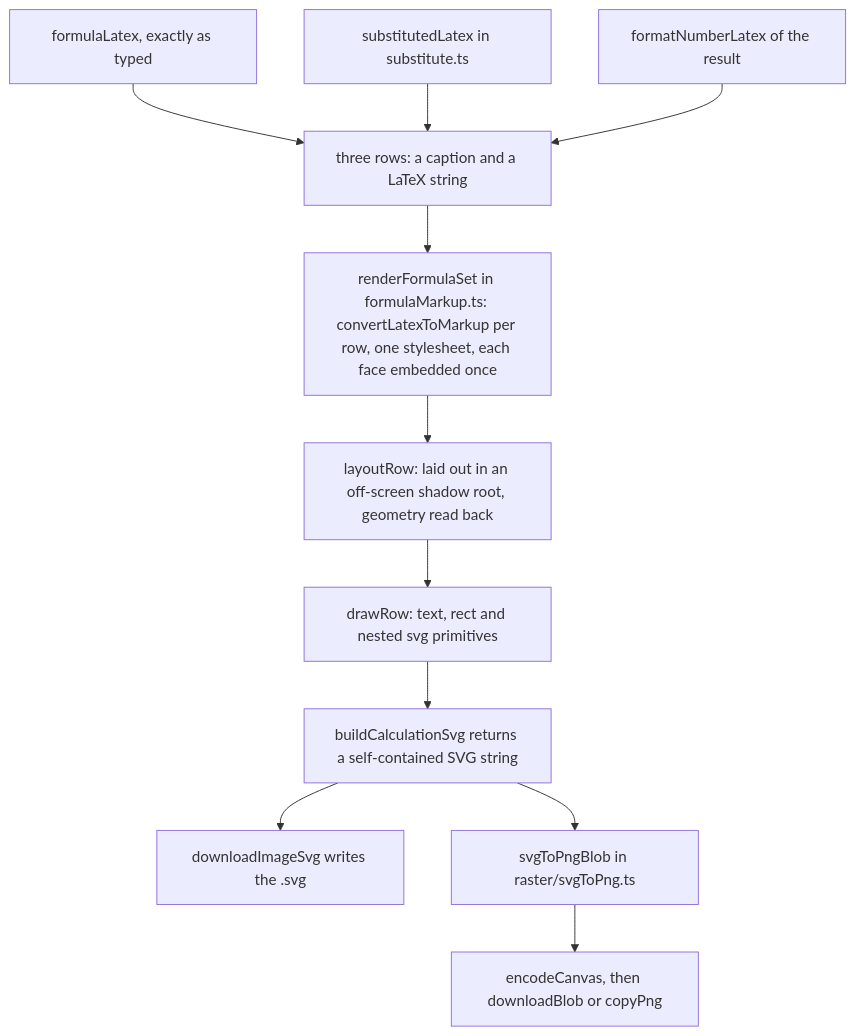
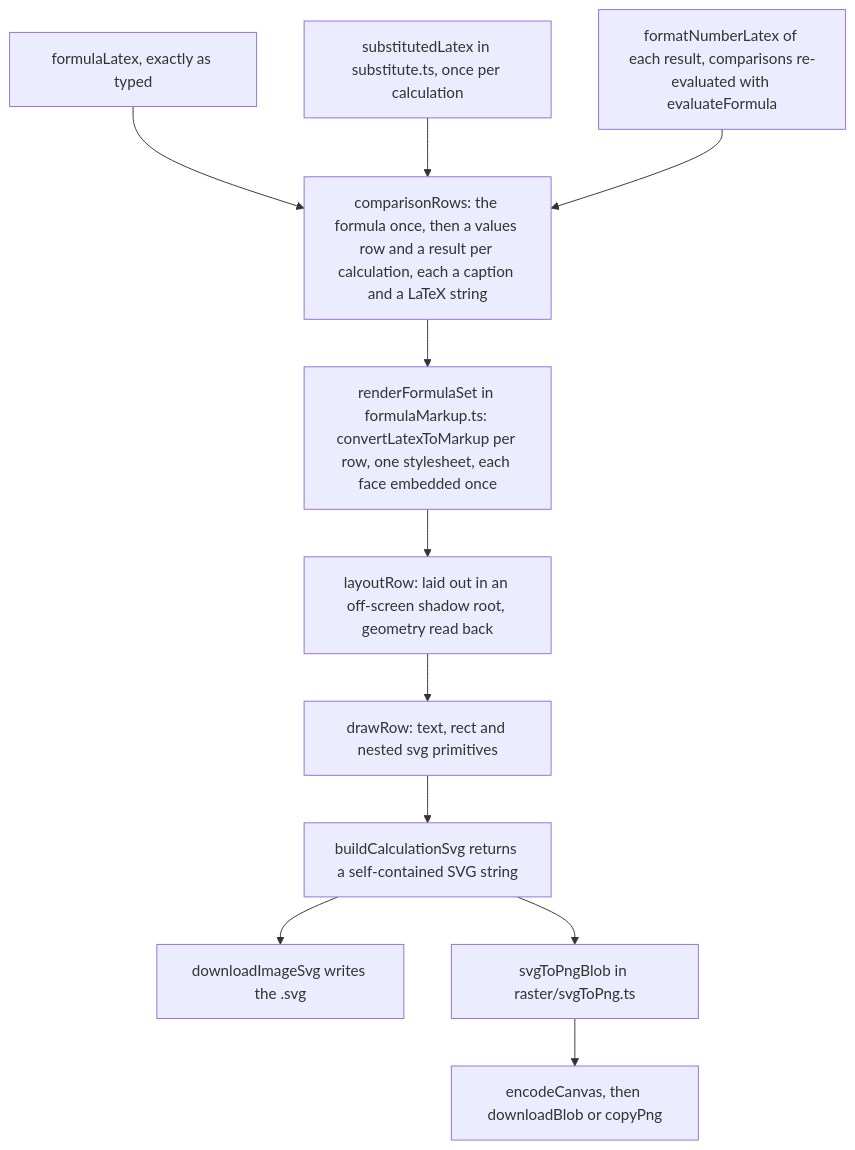
One commit to Kieran-s-Artisnal-Slop-Factory/useful changed the second of 2 diagrams in docs/dev/tools/napkin-math.md. Above: the diagram before and after it, drawn with Mermaid. The commit also changed other lines of this file and 17 other files, not shown here.

````diff
--- a/docs/dev/tools/napkin-math.md
+++ b/docs/dev/tools/napkin-math.md
@@ -223,13 +223,13 @@
 ```mermaid
 flowchart TD
   A["formulaLatex, exactly as typed"] --> R
-  B["substitutedLatex in substitute.ts"] --> R
-  C["formatNumberLatex of the result"] --> R
-  R["three rows: a caption and a LaTeX string"] --> S
+  B["substitutedLatex in substitute.ts, once per calculation"] --> R
+  C["formatNumberLatex of each result, comparisons re-evaluated with evaluateFormula"] --> R
+  R["comparisonRows: the formula once, then a values row and a result per calculation, each a caption and a LaTeX string"] --> S
   S["renderFormulaSet in formulaMarkup.ts: convertLatexToMarkup per row, one stylesheet, each face embedded once"] --> M
   M["layoutRow: laid out in an off-screen shadow root, geometry read back"] --> G
   G["drawRow: text, rect and nested svg primitives"] --> V
   V["buildCalculationSvg returns a self-contained SVG string"] --> D["downloadImageSvg writes the .svg"]
   V --> P["svgToPngBlob in raster/svgToPng.ts"]
   P --> E["encodeCanvas, then downloadBlob or copyPng"]
 ```
````
